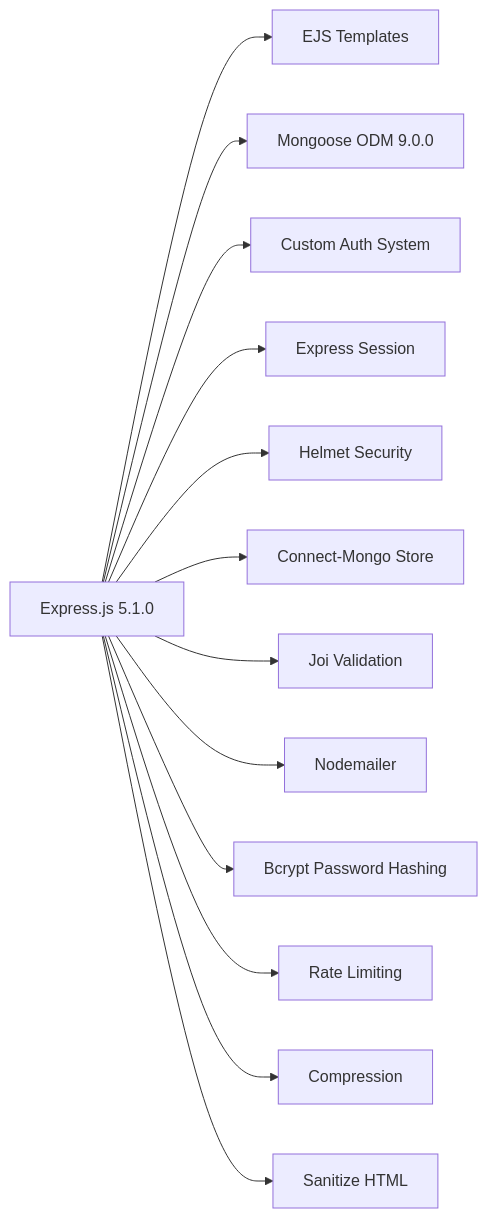
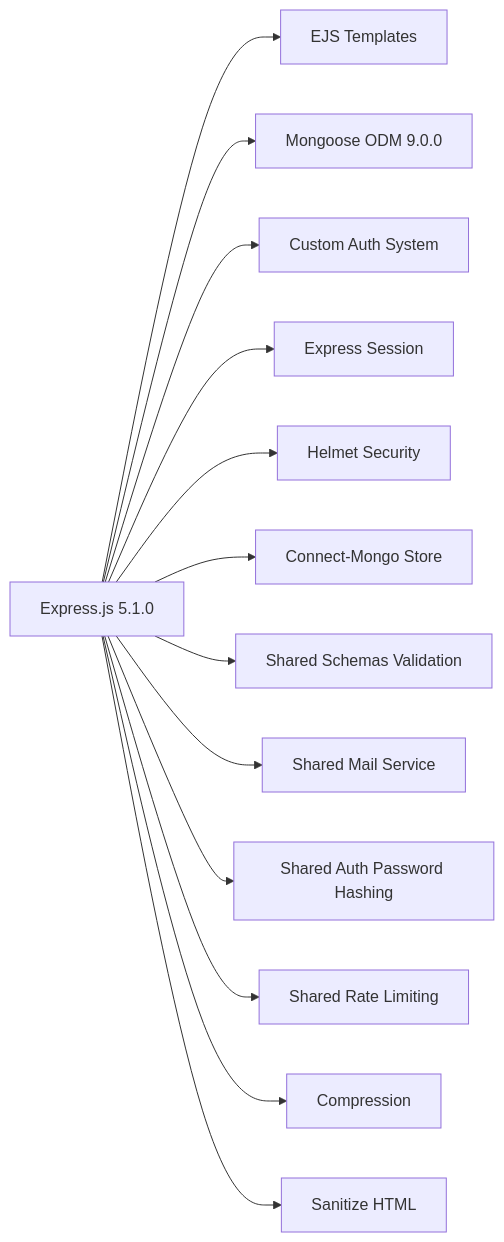
One commit to hutchybop/longrunner-platform changed the third of 8 diagrams in apps/slapp/docs/ARCHITECTURE_REFERENCE.md. Above: the diagram before and after it, drawn with Mermaid. The commit also changed other lines of this file and 26 other files, not shown here.

````diff
--- a/apps/slapp/docs/ARCHITECTURE_REFERENCE.md
+++ b/apps/slapp/docs/ARCHITECTURE_REFERENCE.md
@@ -447,15 +447,15 @@
 ```mermaid
 graph LR
     A[Express.js 5.1.0] --> B[EJS Templates]
     A --> C[Mongoose ODM 9.0.0]
     A --> D[Custom Auth System]
     A --> E[Express Session]
     A --> F[Helmet Security]
     A --> G[Connect-Mongo Store]
-    A --> H[Joi Validation]
-    A --> I[Nodemailer]
-    A --> J[Bcrypt Password Hashing]
-    A --> K[Rate Limiting]
+    A --> H[Shared Schemas Validation]
+    A --> I[Shared Mail Service]
+    A --> J[Shared Auth Password Hashing]
+    A --> K[Shared Rate Limiting]
     A --> L[Compression]
     A --> M[Sanitize HTML]
 ```
````
